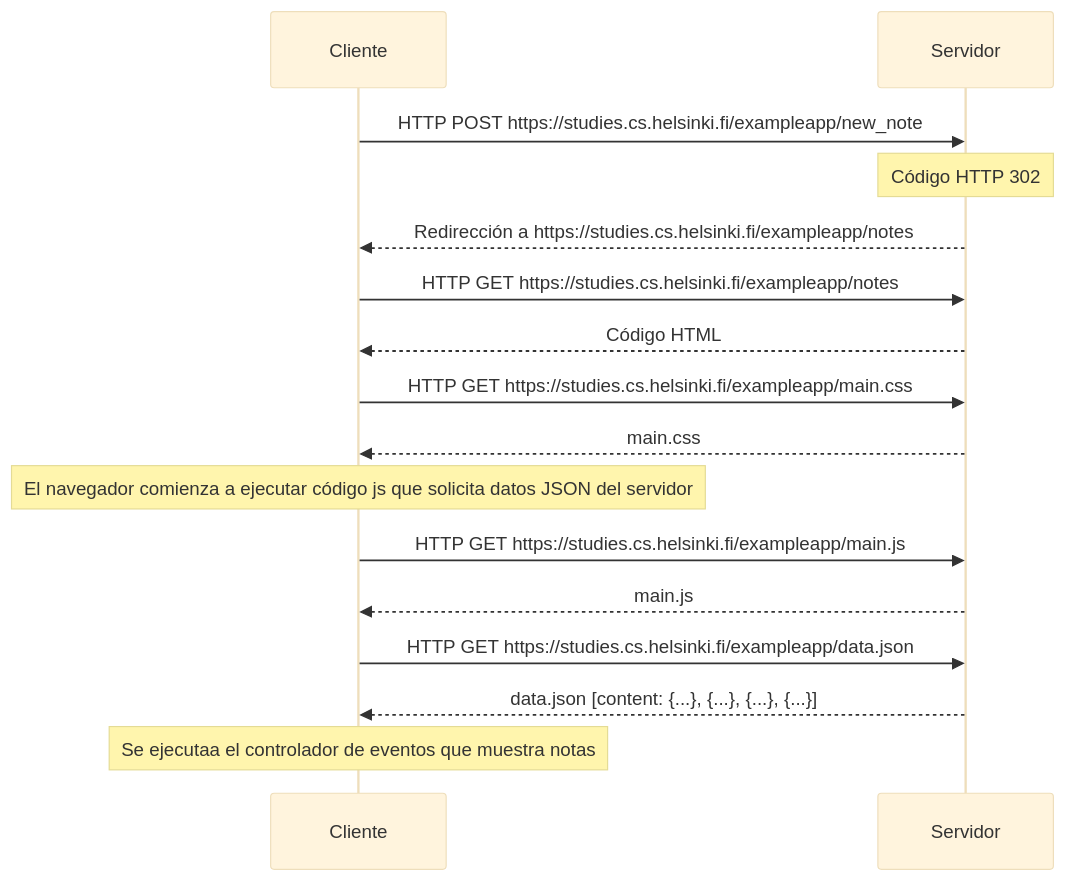
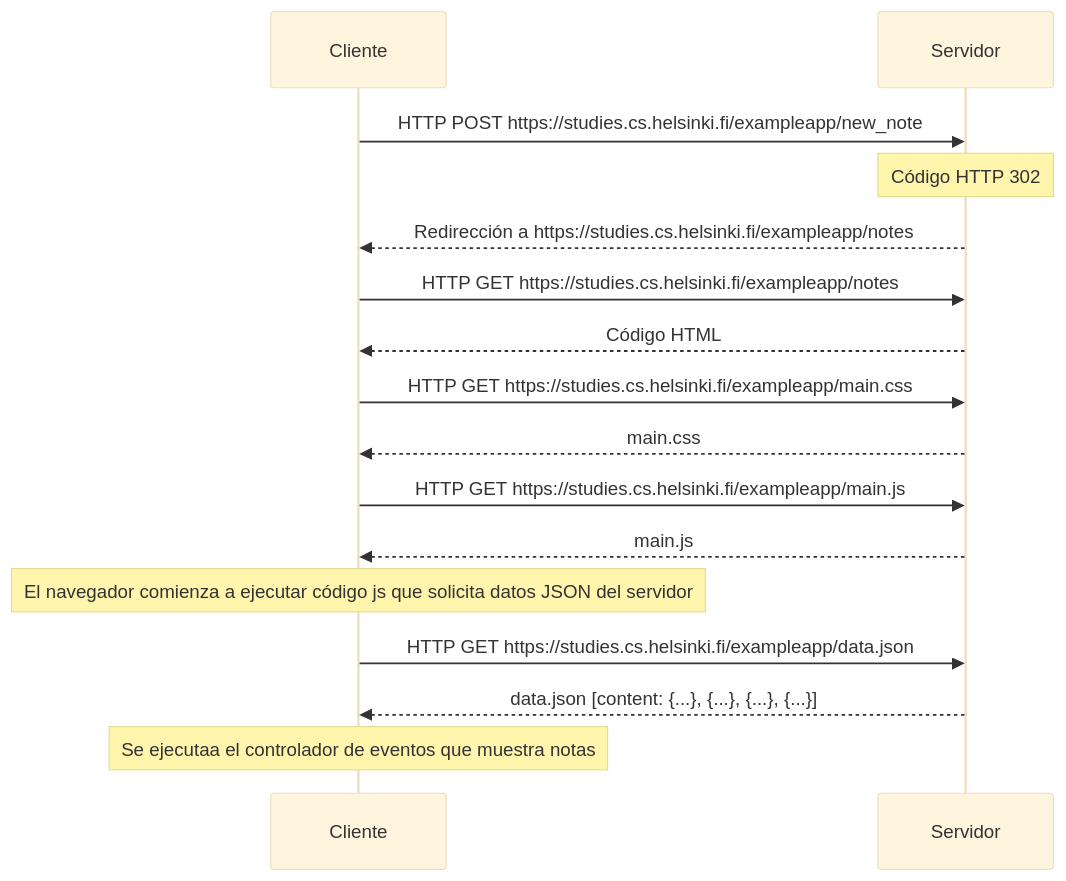
The diagram in diagrama_secuencia.mmd (SebastianPera/Fullstackopen), drawn with Mermaid (base theme) before and after one commit. The commit also changed other lines of this file, not shown here.

```diff
--- a/diagrama_secuencia.mmd
+++ b/diagrama_secuencia.mmd
@@ -1,25 +1,25 @@
 
 sequenceDiagram
     participant Cliente
     participant Servidor
 
     Cliente->>Servidor: HTTP POST https://studies.cs.helsinki.fi/exampleapp/new_note
      Note over Servidor: Código HTTP 302
     Servidor-->>Cliente: Redirección a https://studies.cs.helsinki.fi/exampleapp/notes
    
 
     Cliente->>Servidor: HTTP GET https://studies.cs.helsinki.fi/exampleapp/notes
     Servidor-->>Cliente: Código HTML
 
     Cliente->>Servidor: HTTP GET https://studies.cs.helsinki.fi/exampleapp/main.css
     Servidor-->>Cliente: main.css
 
-    Note over Cliente: El navegador comienza a ejecutar código js que solicita datos JSON del servidor
-
     Cliente->>Servidor: HTTP GET https://studies.cs.helsinki.fi/exampleapp/main.js
     Servidor-->>Cliente: main.js
+
+    Note over Cliente: El navegador comienza a ejecutar código js que solicita datos JSON del servidor
 
     Cliente->>Servidor: HTTP GET https://studies.cs.helsinki.fi/exampleapp/data.json
     Servidor-->>Cliente: data.json [content: {...}, {...}, {...}, {...}]
 
     Note over Cliente: Se ejecutaa el controlador de eventos que muestra notas
```
